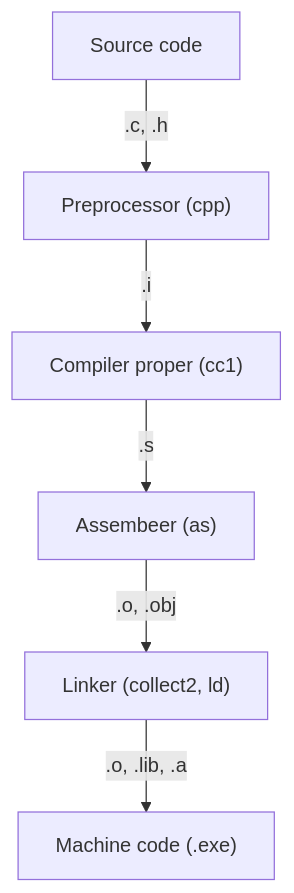
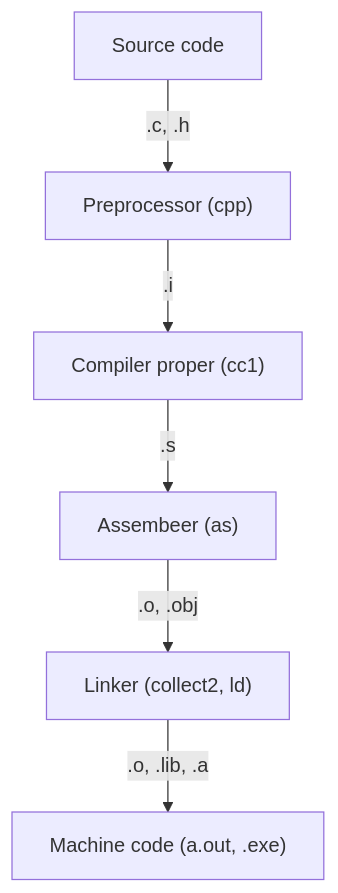
One commit to DarvidTorres/mydocs changed the diagram in C/compilation/compilation.md. Above: the diagram before and after it, drawn with Mermaid. The commit also changed other lines of this file and 3 other files, not shown here.

````diff
--- a/C/compilation/compilation.md
+++ b/C/compilation/compilation.md
@@ -12,5 +12,5 @@
 ```mermaid
 flowchart TD
 A["Source code"]
-A -->|.c, .h| B["Preprocessor (cpp)"] --> |.i| C["Compiler proper (cc1)"] --> |.s| D["Assembeer (as)"] --> |.o, .obj| E["Linker (collect2, ld)"] --> |.o, .lib, .a| F["Machine code (.exe)"]
+A -->|.c, .h| B["Preprocessor (cpp)"] --> |.i| C["Compiler proper (cc1)"] --> |.s| D["Assembeer (as)"] --> |.o, .obj| E["Linker (collect2, ld)"] --> |.o, .lib, .a| F["Machine code (a.out, .exe)"]
 ```
````
